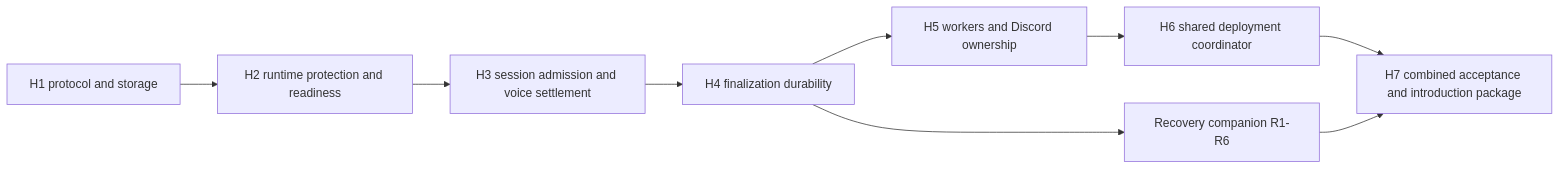
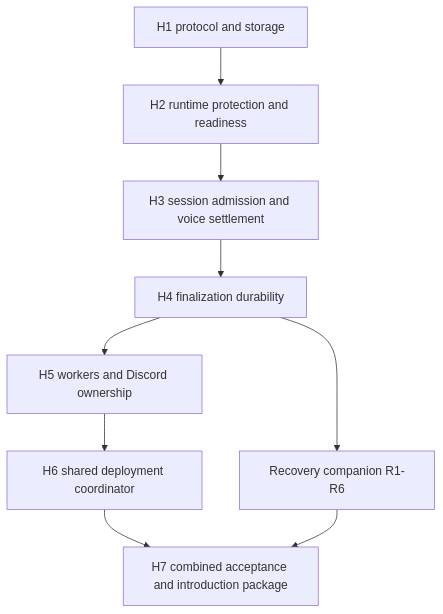
The diagram in docs/superpowers/plans/2026-10-12-deployment-handoff-plan.md (BASIC-BIT/meeting-notes-discord-bot), drawn with Mermaid before and after one commit. The commit also changed other lines of this file and 10 other files, not shown here.

````diff
--- a/docs/superpowers/plans/2026-10-12-deployment-handoff-plan.md
+++ b/docs/superpowers/plans/2026-10-12-deployment-handoff-plan.md
@@ -40,11 +48,11 @@
 ```mermaid
-flowchart LR
+flowchart TD
   H1[H1 protocol and storage] --> H2[H2 runtime protection and readiness]
   H2 --> H3[H3 session admission and voice settlement]
   H3 --> H4[H4 finalization durability]
   H4 --> H5[H5 workers and Discord ownership]
   H5 --> H6[H6 shared deployment coordinator]
   H4 --> R[Recovery companion R1-R6]
   H6 --> H7[H7 combined acceptance and introduction package]
   R --> H7
 ```
````
